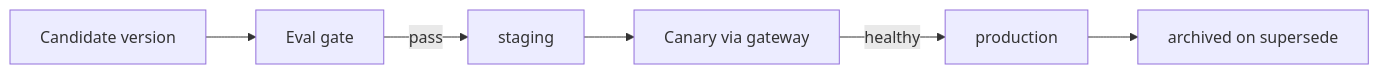
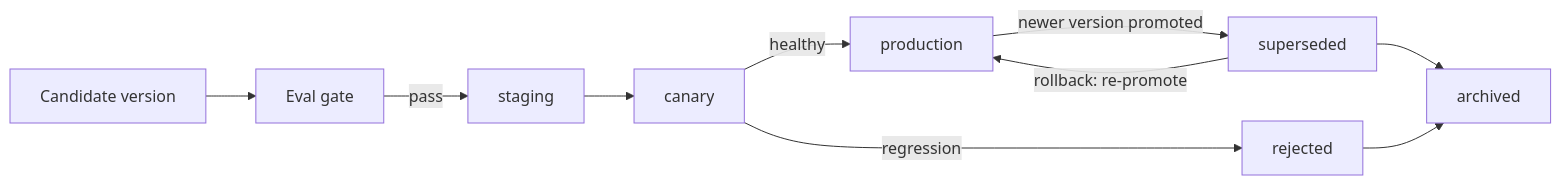
One commit to AmanuelFeyissa/dula changed the diagram in docs/09-MLOps/ModelRegistry.md. Above: the diagram before and after it, drawn with Mermaid. The commit also changed other lines of this file and 6 other files, not shown here.

````diff
--- a/docs/09-MLOps/ModelRegistry.md
+++ b/docs/09-MLOps/ModelRegistry.md
@@ -44,8 +53,12 @@
 ```mermaid
 flowchart LR
     NEW[Candidate version] --> EVAL[Eval gate]
     EVAL -->|pass| STG[staging]
-    STG --> CANARY[Canary via gateway]
+    STG --> CANARY[canary]
     CANARY -->|healthy| PROD[production]
-    PROD --> ARCH[archived on supersede]
+    CANARY -->|regression| REJ[rejected]
+    PROD -->|newer version promoted| SUP[superseded]
+    SUP -->|rollback: re-promote| PROD
+    SUP --> ARCH[archived]
+    REJ --> ARCH
 ```
````
